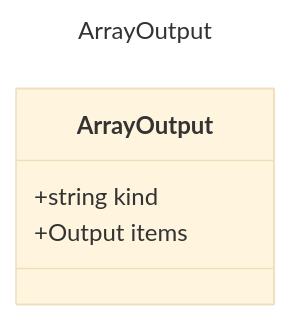
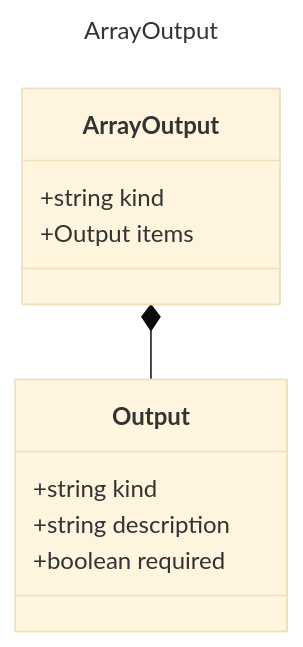
Before and after one commit to microsoft/prompty: the diagram in specification/prompty/docs/ArrayOutput.md, drawn with Mermaid (base theme). The commit also changed 12 other files, not shown here.

Commit message:
renforced compositional types into diagrams

````diff
--- a/specification/prompty/docs/ArrayOutput.md
+++ b/specification/prompty/docs/ArrayOutput.md
@@ -8,10 +8,16 @@
 ```mermaid
 ---
 title: ArrayOutput
 ---
 classDiagram
     class ArrayOutput {
         +string kind
         +Output items
     }
+    class Output {
+        +string kind
+        +string description
+        +boolean required
+    }
+    ArrayOutput *-- Output
 ```
````
